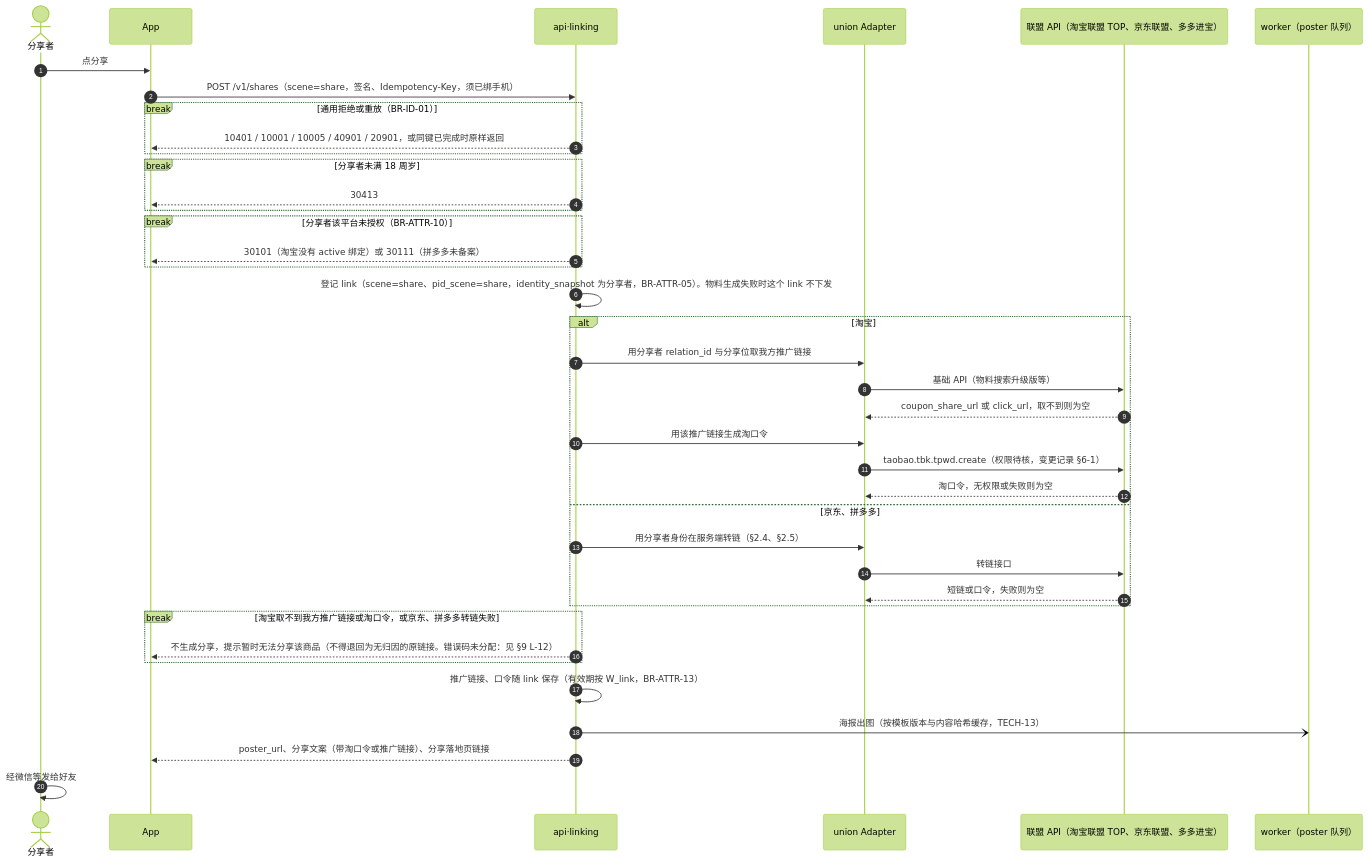
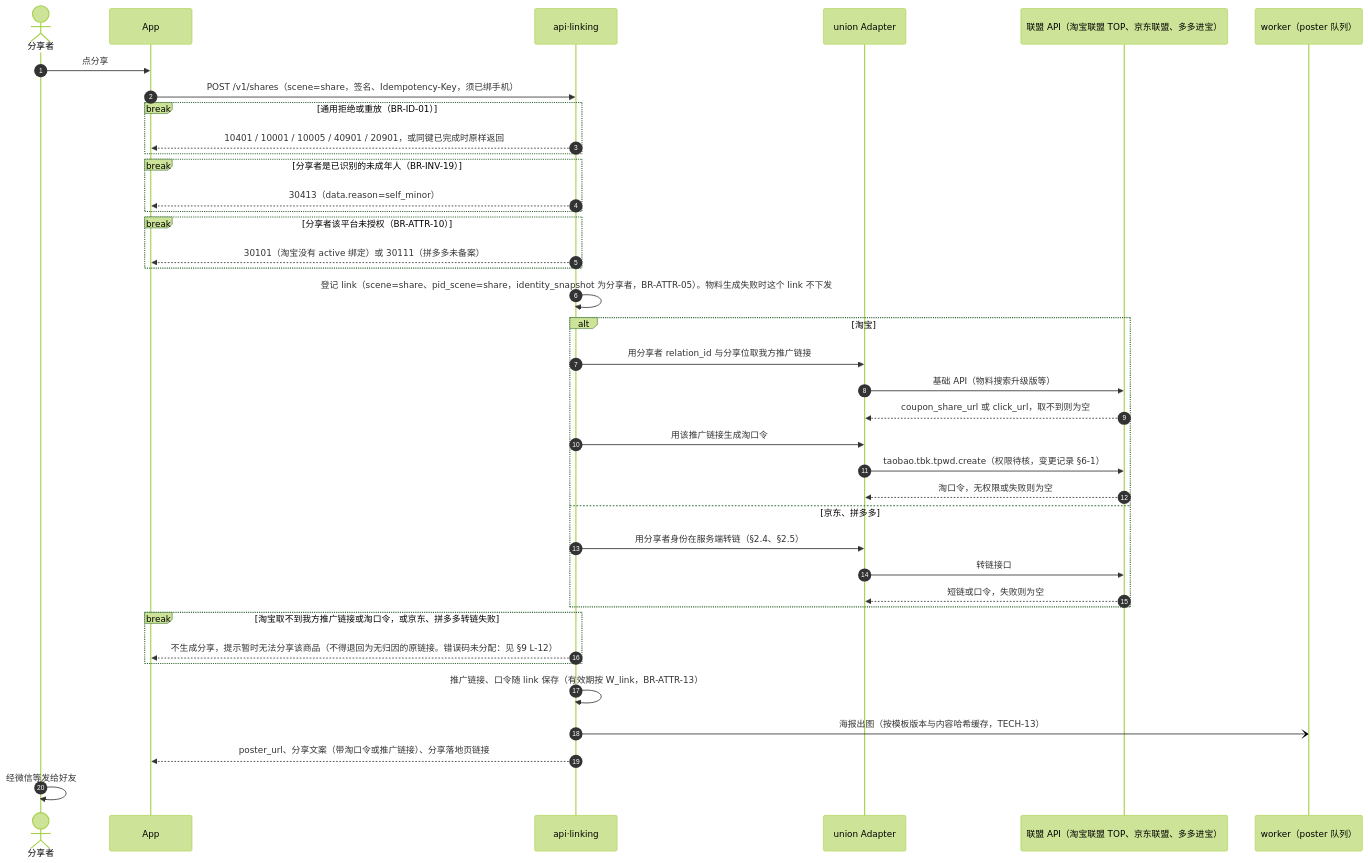
Before and after one commit to zora4523-bot/couli: the tenth of 41 diagrams in 规划/12_关键流程与状态图.md, drawn with Mermaid (forest theme). The commit also changed other lines of this file, not shown here.

First line of the commit message:
docs(12): self-review fixes in sections 2.7, 4.4, 4.5 and the checklists

````diff
--- a/规划/12_关键流程与状态图.md
+++ b/规划/12_关键流程与状态图.md
@@ -755,42 +755,42 @@
 ```mermaid
 sequenceDiagram
   autonumber
   actor S as 分享者
   participant C as App
   participant A as api·linking
   participant UA as union Adapter
   participant UP as 联盟 API（淘宝联盟 TOP、京东联盟、多多进宝）
   participant WK as worker（poster 队列）
 
   S->>C: 点分享
   C->>A: POST /v1/shares（scene=share，签名、Idempotency-Key，须已绑手机）
   break 通用拒绝或重放（BR-ID-01）
     A-->>C: 10401 / 10001 / 10005 / 40901 / 20901，或同键已完成时原样返回
   end
-  break 分享者未满 18 周岁
-    A-->>C: 30413
+  break 分享者是已识别的未成年人（BR-INV-19）
+    A-->>C: 30413（data.reason=self_minor）
   end
   break 分享者该平台未授权（BR-ATTR-10）
     A-->>C: 30101（淘宝没有 active 绑定）或 30111（拼多多未备案）
   end
   A->>A: 登记 link（scene=share、pid_scene=share，identity_snapshot 为分享者，BR-ATTR-05）。物料生成失败时这个 link 不下发
   alt 淘宝
     A->>UA: 用分享者 relation_id 与分享位取我方推广链接
     UA->>UP: 基础 API（物料搜索升级版等）
     UP-->>UA: coupon_share_url 或 click_url，取不到则为空
     A->>UA: 用该推广链接生成淘口令
     UA->>UP: taobao.tbk.tpwd.create（权限待核，变更记录 §6-1）
     UP-->>UA: 淘口令，无权限或失败则为空
   else 京东、拼多多
     A->>UA: 用分享者身份在服务端转链（§2.4、§2.5）
     UA->>UP: 转链接口
     UP-->>UA: 短链或口令，失败则为空
   end
   break 淘宝取不到我方推广链接或淘口令，或京东、拼多多转链失败
     A-->>C: 不生成分享，提示暂时无法分享该商品（不得退回为无归因的原链接。错误码未分配：见 §9 L-12）
   end
   A->>A: 推广链接、口令随 link 保存（有效期按 W_link，BR-ATTR-13）
   A-)WK: 海报出图（按模板版本与内容哈希缓存，TECH-13）
   A-->>C: poster_url、分享文案（带淘口令或推广链接）、分享落地页链接
   S->>S: 经微信等发给好友
 ```
````
